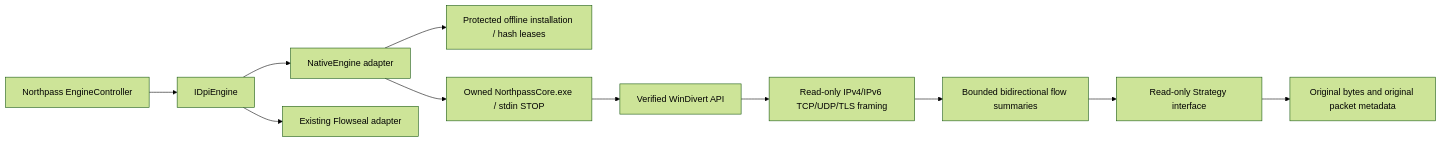
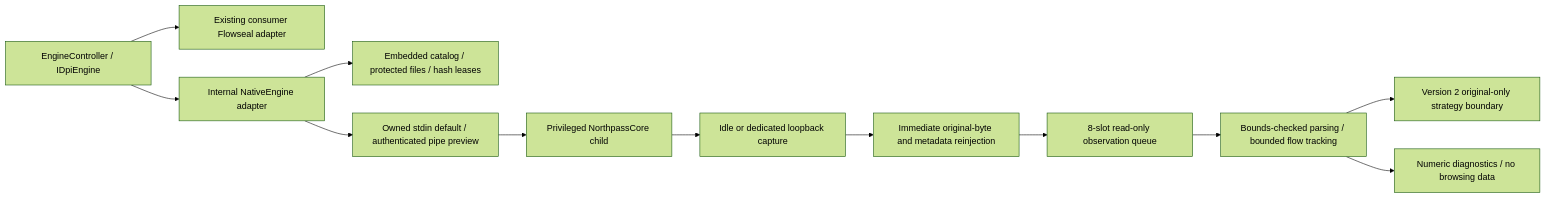
One commit to hsoltanov2007-code/zapret changed the diagram in docs/NATIVE_ENGINE.md. Above: the diagram before and after it, drawn with Mermaid (forest theme). The commit also changed other lines of this file and 39 other files, not shown here.

Commit message:
Implement Native v0.2 defensive processing, bounded observation and authenticated IPC

````diff
--- a/docs/NATIVE_ENGINE.md
+++ b/docs/NATIVE_ENGINE.md
@@ -7,13 +7,14 @@
 ```mermaid
 flowchart LR
-  Host[Northpass EngineController] --> API[IDpiEngine]
-  API --> Native[NativeEngine adapter]
-  API --> Fallback[Existing Flowseal adapter]
-  Native --> Install[Protected offline installation / hash leases]
-  Native --> Child[Owned NorthpassCore.exe / stdin STOP]
-  Child --> Driver[Verified WinDivert API]
-  Driver --> Parse[Read-only IPv4/IPv6 TCP/UDP/TLS framing]
-  Parse --> Track[Bounded bidirectional flow summaries]
-  Track --> Strategy[Read-only Strategy interface]
-  Strategy --> Forward[Original bytes and original packet metadata]
+  App[EngineController / IDpiEngine] --> Flowseal[Existing consumer Flowseal adapter]
+  App --> Native[Internal NativeEngine adapter]
+  Native --> Trust[Embedded catalog / protected files / hash leases]
+  Native --> Control[Owned stdin default / authenticated pipe preview]
+  Control --> Worker[Privileged NorthpassCore child]
+  Worker --> Capture[Idle or dedicated loopback capture]
+  Capture --> Original[Immediate original-byte and metadata reinjection]
+  Original --> Queue[8-slot read-only observation queue]
+  Queue --> Parse[Bounds-checked parsing / bounded flow tracking]
+  Parse --> Strategy[Version 2 original-only strategy boundary]
+  Parse --> Metrics[Numeric diagnostics / no browsing data]
 ```
````
